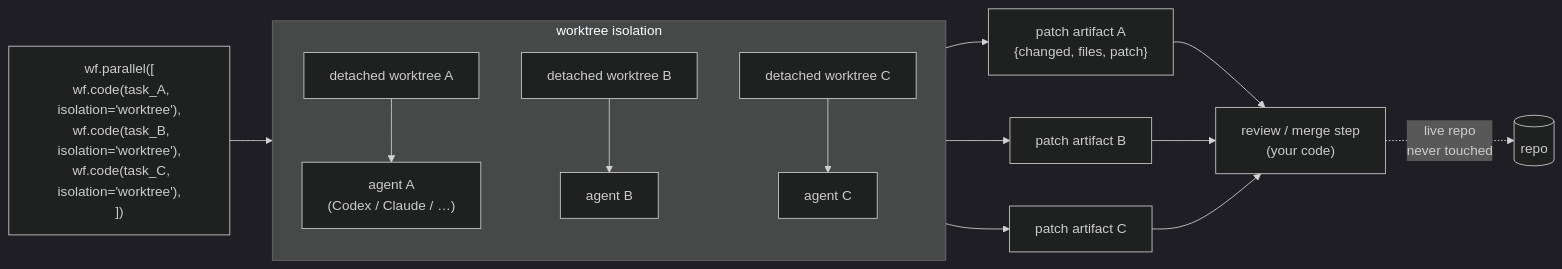
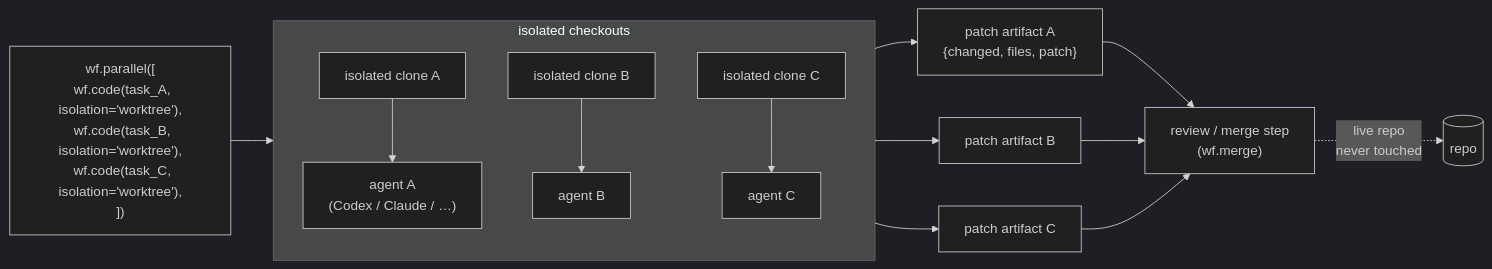
The fourth of 4 diagrams in README.md (Illuminfti/flow), drawn with Mermaid (dark theme) before and after one commit. The commit also changed other lines of this file, not shown here.

````diff
--- a/README.md
+++ b/README.md
@@ -221,15 +236,15 @@
 ```mermaid
 flowchart LR
     YOU["wf.parallel([<br/>  wf.code(task_A, isolation='worktree'),<br/>  wf.code(task_B, isolation='worktree'),<br/>  wf.code(task_C, isolation='worktree'),<br/>])"] --> WT
-    subgraph WT["worktree isolation"]
+    subgraph WT["isolated checkouts"]
         direction TB
-        W1["detached worktree A"] --> A1["agent A<br/>(Codex / Claude / …)"]
-        W2["detached worktree B"] --> A2["agent B"]
-        W3["detached worktree C"] --> A3["agent C"]
+        W1["isolated clone A"] --> A1["agent A<br/>(Codex / Claude / …)"]
+        W2["isolated clone B"] --> A2["agent B"]
+        W3["isolated clone C"] --> A3["agent C"]
     end
     A1 --> P1["patch artifact A<br/>{changed, files, patch}"]
     A2 --> P2["patch artifact B"]
     A3 --> P3["patch artifact C"]
-    P1 & P2 & P3 --> R["review / merge step<br/>(your code)"]
+    P1 & P2 & P3 --> R["review / merge step<br/>(wf.merge)"]
     R -.->|"live repo<br/>never touched"| REPO[("repo")]
 ```
````
